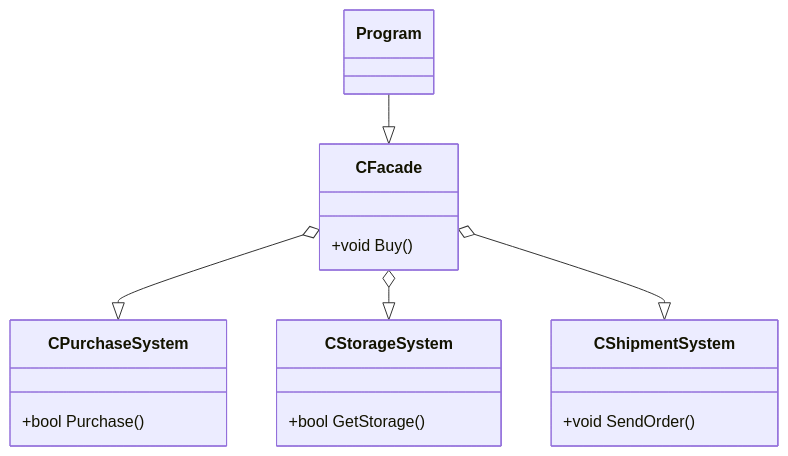
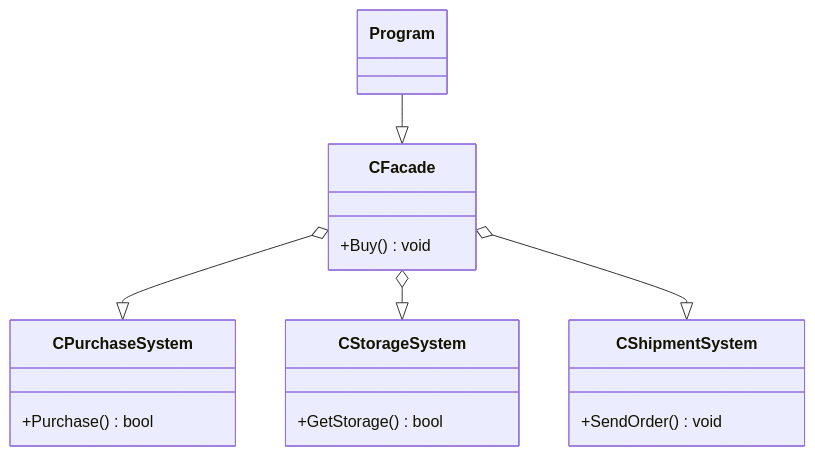
One commit to maherme/design_patterns changed the second of 2 diagrams in 08_facade/README.md. Above: the diagram before and after it, drawn with Mermaid.

````diff
--- a/08_facade/README.md
+++ b/08_facade/README.md
@@ -23,20 +23,20 @@
 ```mermaid
   classDiagram
     class Program
     class CFacade{
-      +void Buy()
+      +Buy() void
     }
     class CPurchaseSystem{
-      +bool Purchase()
+      +Purchase() bool
     }
     class CStorageSystem{
-      +bool GetStorage()
+      +GetStorage() bool
     }
     class CShipmentSystem{
-      +void SendOrder()
+      +SendOrder() void
     }
     Program --|> CFacade
     CFacade o--|> CPurchaseSystem
     CFacade o--|> CStorageSystem
     CFacade o--|> CShipmentSystem
 ```
````
